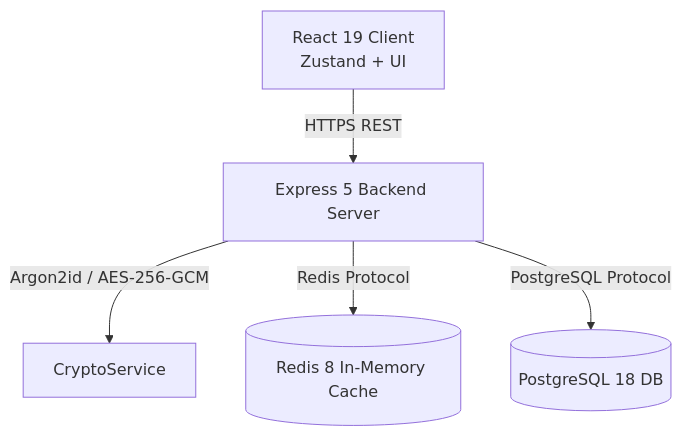
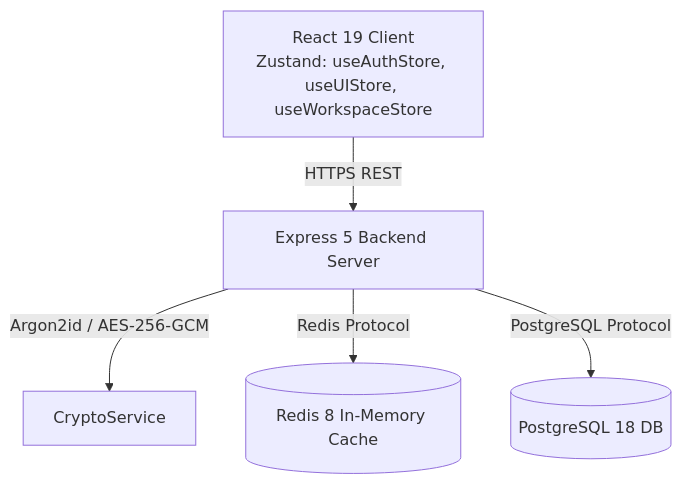
Before and after one commit to DuongDevv/Note-Vault: the first of 2 diagrams in docs/design/01-auth-session-and-pin-setup.md, drawn with Mermaid. The commit also changed other lines of this file and 24 other files, not shown here.

First line of the commit message:
refactor(auth): migrate session state to Zustand and eliminate frontend prop-drilling (#22)

````diff
--- a/docs/design/01-auth-session-and-pin-setup.md
+++ b/docs/design/01-auth-session-and-pin-setup.md
@@ -30,7 +30,7 @@
 ```mermaid
 flowchart TD
-    Client[React 19 Client\nZustand + UI] -->|HTTPS REST| API[Express 5 Backend Server]
+    Client[React 19 Client\nZustand: useAuthStore, useUIStore, useWorkspaceStore] -->|HTTPS REST| API[Express 5 Backend Server]
     API -->|Argon2id / AES-256-GCM| Crypto[CryptoService]
     API -->|Redis Protocol| Redis[(Redis 8 In-Memory Cache)]
     API -->|PostgreSQL Protocol| DB[(PostgreSQL 18 DB)]
 ```
````
